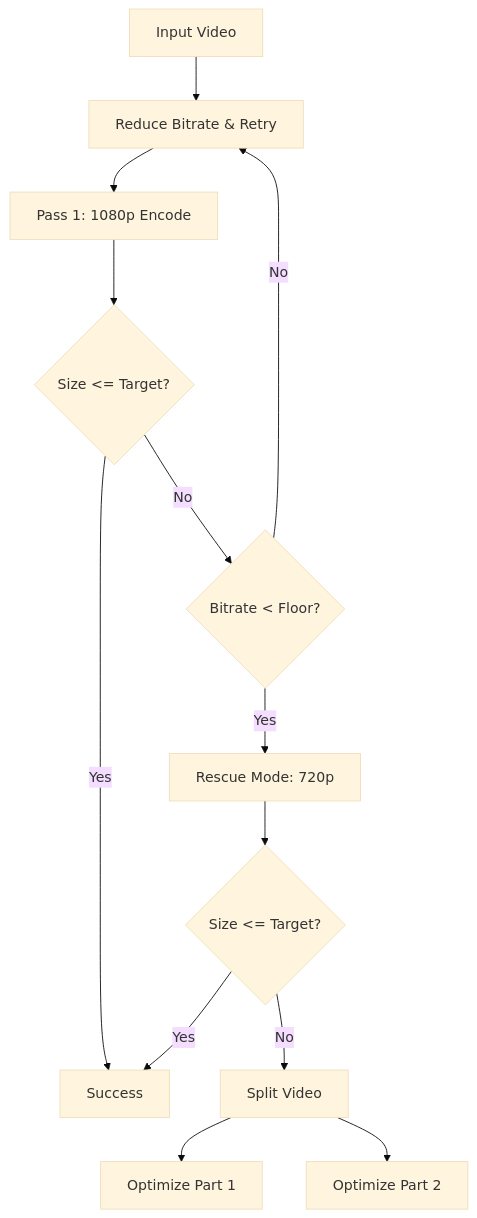
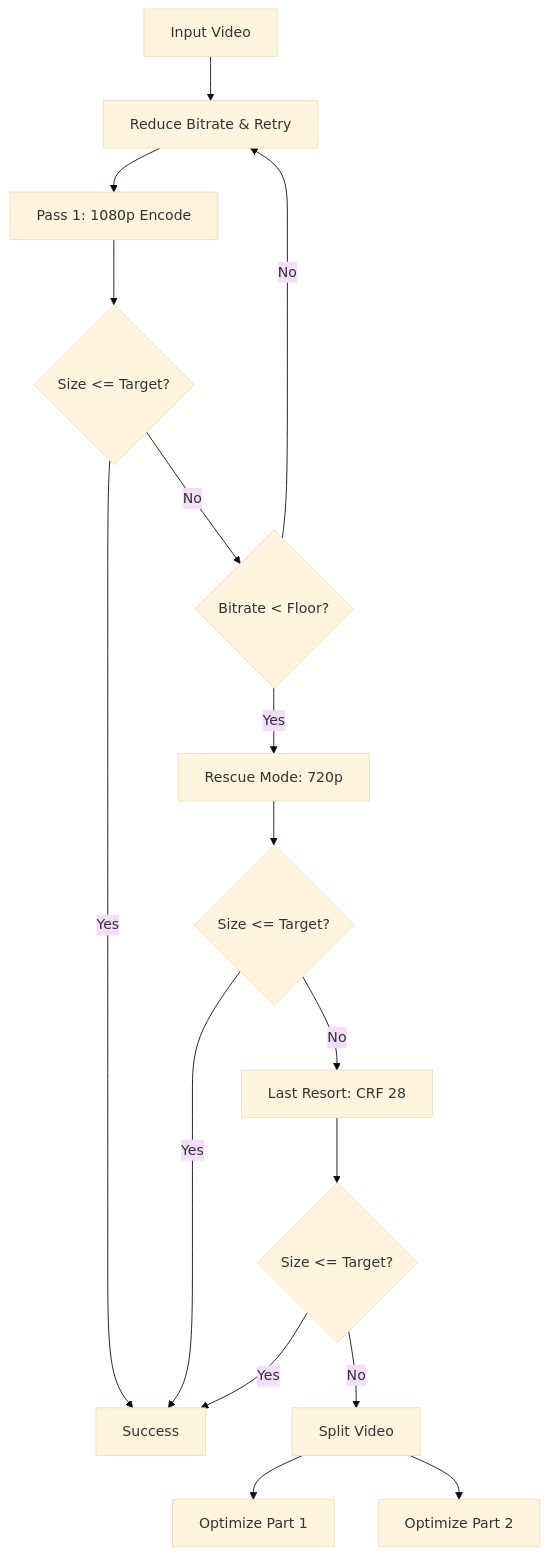
The diagram in README.md (nunogomes255/ffmpeg-shrinkwrap), drawn with Mermaid (base theme) before and after one commit. The commit also changed other lines of this file and 1 other file, not shown here.

````diff
--- a/README.md
+++ b/README.md
@@ -35,15 +38,18 @@
 ```mermaid
 graph TD
     A[Input Video] --> B{Calculate Bitrate}
     B --> C[Pass 1: 1080p Encode]
     C --> D{Size <= Target?}
     D -- Yes --> E[Success]
     D -- No --> F{Bitrate < Floor?}
     F -- No --> B[Reduce Bitrate & Retry]
     F -- Yes --> G[Rescue Mode: 720p]
     G --> H{Size <= Target?}
     H -- Yes --> E
-    H -- No --> I[Split Video]
-    I --> J[Optimize Part 1]
-    I --> K[Optimize Part 2]
+    H -- No --> I[Last Resort: CRF 28]
+    I --> J{Size <= Target?}
+    J -- Yes --> E
+    J -- No --> K[Split Video]
+    K --> L[Optimize Part 1]
+    K --> M[Optimize Part 2]
 ```
````
